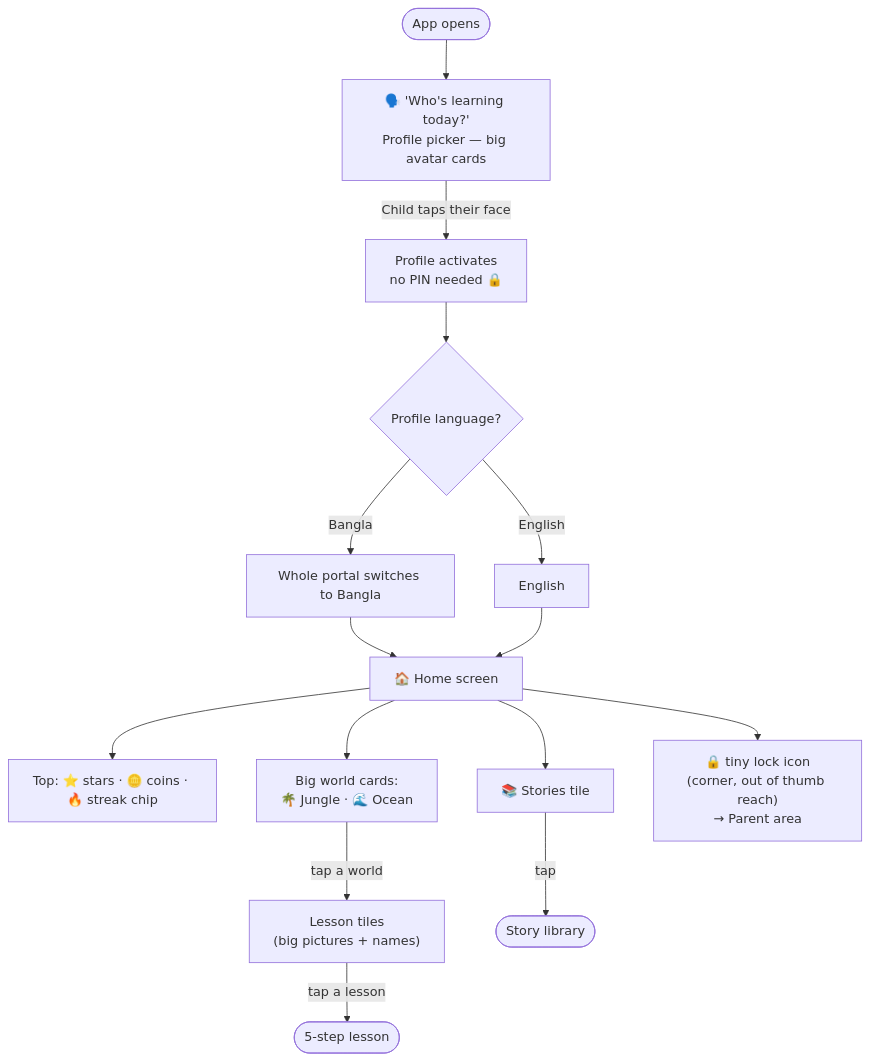
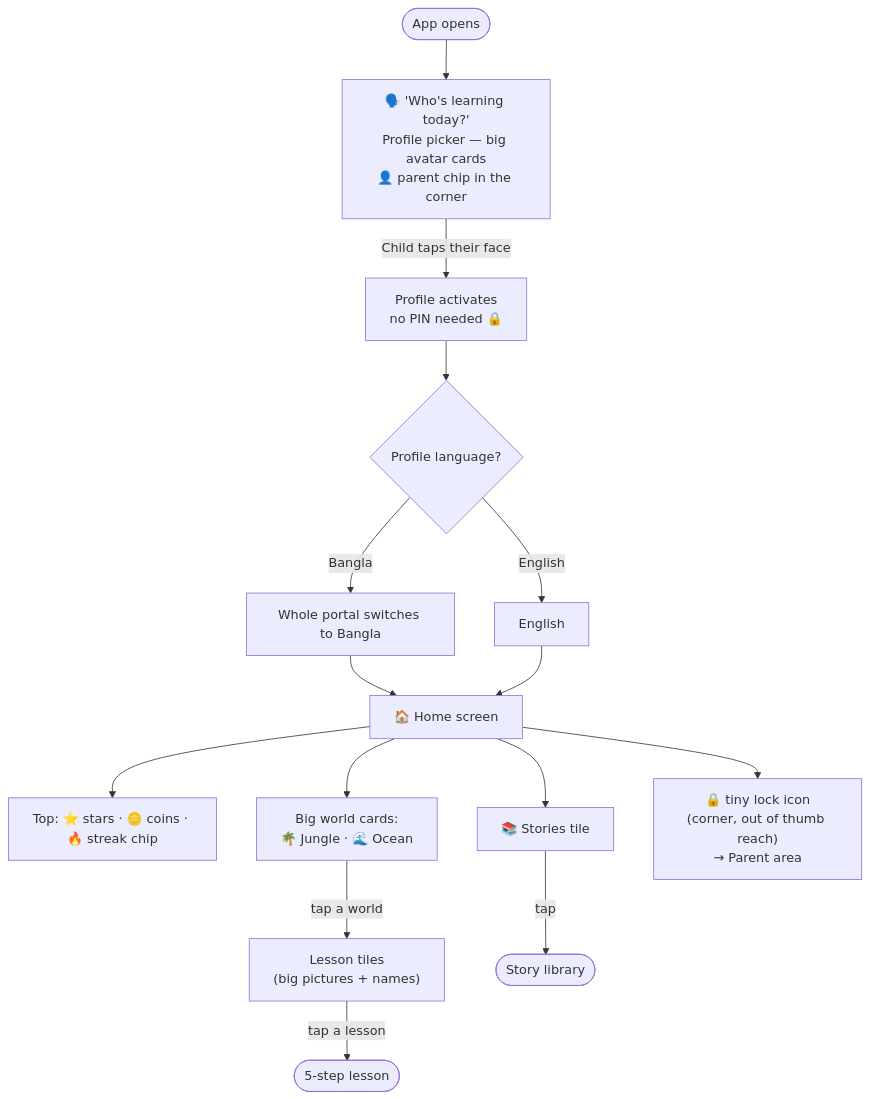
Before and after one commit to salmanbd100/kidlearn: the fourth of 28 diagrams in document/user-journey-manual.md, drawn with Mermaid. The commit also changed other lines of this file and 5 other files, not shown here.

````diff
--- a/document/user-journey-manual.md
+++ b/document/user-journey-manual.md
@@ -147,19 +147,19 @@
 ```mermaid
 flowchart TD
-    Start([App opens]) --> PS["🗣️ 'Who's learning today?'<br/>Profile picker — big avatar cards"]
+    Start([App opens]) --> PS["🗣️ 'Who's learning today?'<br/>Profile picker — big avatar cards<br/>👤 parent chip in the corner"]
     PS -->|Child taps their face| ACT[Profile activates<br/>no PIN needed 🔒]
     ACT --> Lang{Profile language?}
     Lang -->|Bangla| BN[Whole portal switches to Bangla]
     Lang -->|English| EN[English]
     BN --> Home
     EN --> Home["🏠 Home screen"]
 
     Home --> Strip["Top: ⭐ stars · 🪙 coins · 🔥 streak chip"]
     Home --> Worlds["Big world cards:<br/>🌴 Jungle · 🌊 Ocean"]
     Home --> Stories["📚 Stories tile"]
     Home --> Lock["🔒 tiny lock icon<br/>(corner, out of thumb reach)<br/>→ Parent area"]
 
     Worlds -->|tap a world| Browse["Lesson tiles<br/>(big pictures + names)"]
     Browse -->|tap a lesson| Lesson([5-step lesson])
     Stories -->|tap| Library([Story library])
 ```
````
